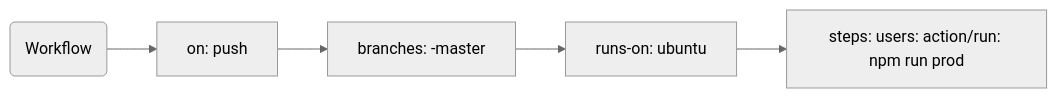
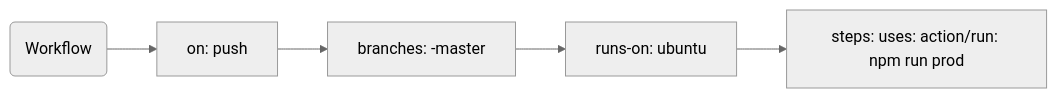
The second of 2 diagrams in README.md (tiagonevestia/go-ci), drawn with Mermaid (neutral theme) before and after one commit.

Commit message:
docs: :memo: alterando o README

````diff
--- a/README.md
+++ b/README.md
@@ -46,8 +46,8 @@
 ```mermaid
   graph LR
   A(Workflow)
   A --> B[on: push]
   B --> C[branches: -master]
   C --> D[runs-on: ubuntu]
-  D --> E[steps: users: action/run: npm run prod]
+  D --> E[steps: uses: action/run: npm run prod]
 ```
````
